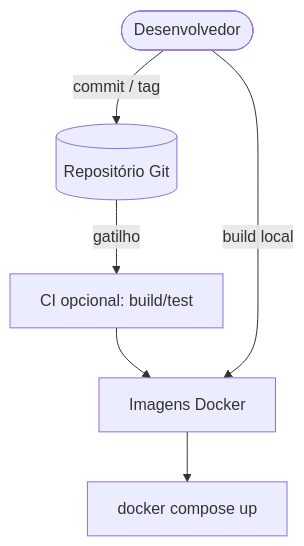
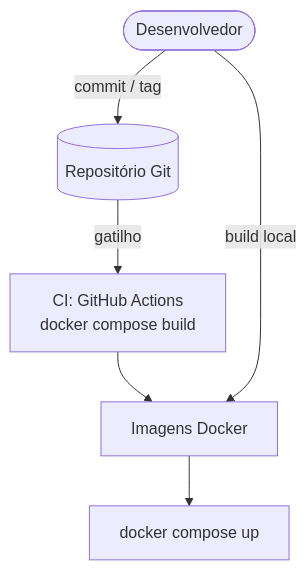
One commit to rodolfocostab/desafio-conquestone changed the second of 3 diagrams in docs/arquitetura.md. Above: the diagram before and after it, drawn with Mermaid. The commit also changed other lines of this file and 14 other files, not shown here.

````diff
--- a/docs/arquitetura.md
+++ b/docs/arquitetura.md
@@ -28,14 +34,14 @@
 ```mermaid
 flowchart TD
   Dev([Desenvolvedor])
   Repo[(Repositório Git)]
-  CI[CI opcional: build/test]
+  CI[CI: GitHub Actions\n docker compose build]
   Img[Imagens Docker]
   Run[docker compose up]
 
   Dev -->|commit / tag| Repo
   Repo -->|gatilho| CI
   CI --> Img
   Dev -->|build local| Img
   Img --> Run
 ```
````
